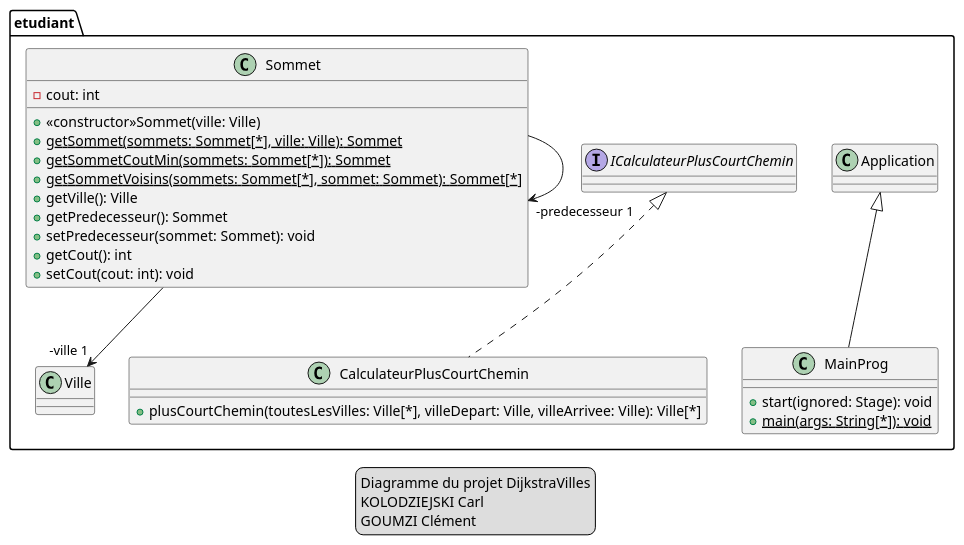
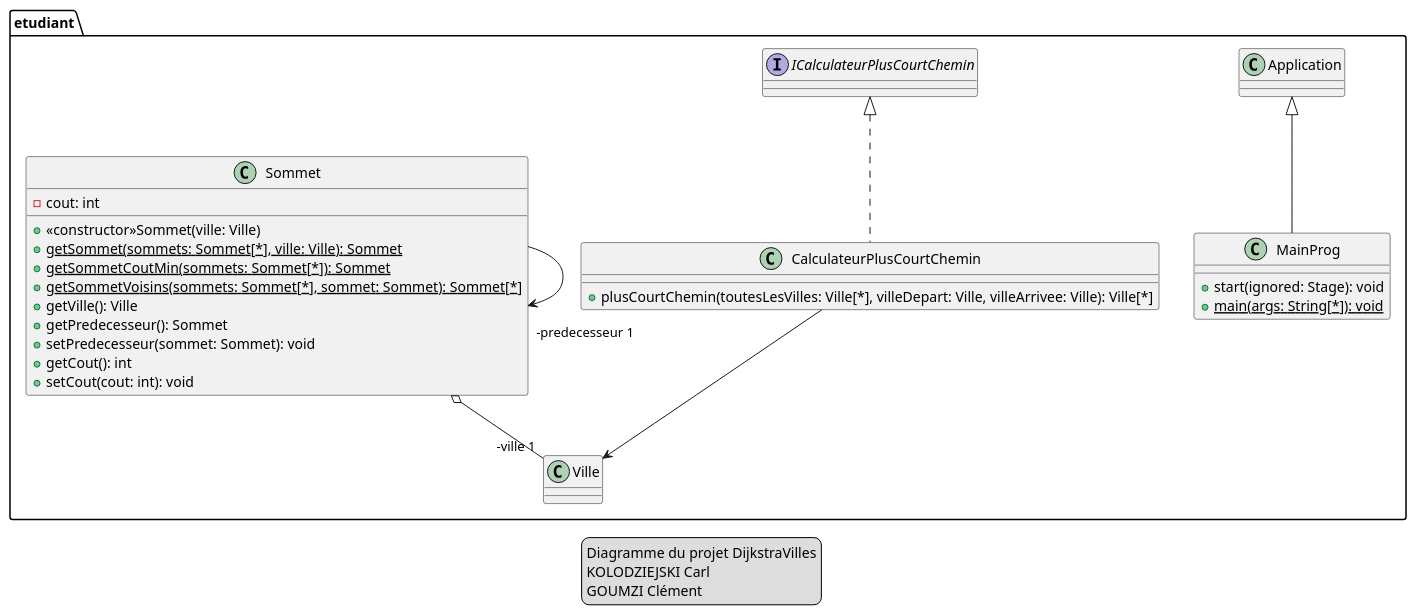
One commit to carlkolodziejski/dijkstravilles changed the diagram in plantuml/diagramme_dijkstraville.puml. Above: the diagram before and after it, drawn with PlantUML. The commit also changed 2 other files, not shown here.

```diff
--- a/plantuml/diagramme_dijkstraville.puml
+++ b/plantuml/diagramme_dijkstraville.puml
@@ -1,35 +1,37 @@
 @startuml
 legend
     Diagramme du projet DijkstraVilles
     KOLODZIEJSKI Carl
     GOUMZI Clément
 endlegend
 
 package etudiant {
     class MainProg extends Application {
         +start(ignored: Stage): void
         +{static} main(args: String[*]): void
     }
 
     class CalculateurPlusCourtChemin implements ICalculateurPlusCourtChemin {
         +plusCourtChemin(toutesLesVilles: Ville[*], villeDepart: Ville, villeArrivee: Ville): Ville[*]
     }
 
     class Sommet {
         -cout: int
 
         +<<constructor>>Sommet(ville: Ville)
         +{static}getSommet(sommets: Sommet[*], ville: Ville): Sommet
         +{static}getSommetCoutMin(sommets: Sommet[*]): Sommet
         +{static}getSommetVoisins(sommets: Sommet[*], sommet: Sommet): Sommet[*]
         +getVille(): Ville
         +getPredecesseur(): Sommet
         +setPredecesseur(sommet: Sommet): void
         +getCout(): int
         +setCout(cout: int): void
     }
 
 Sommet --> "-predecesseur 1" Sommet
-Sommet --> "-ville 1" Ville
+Sommet o-- "-ville 1" Ville
+
+CalculateurPlusCourtChemin --> Ville
 }
 @enduml
```
